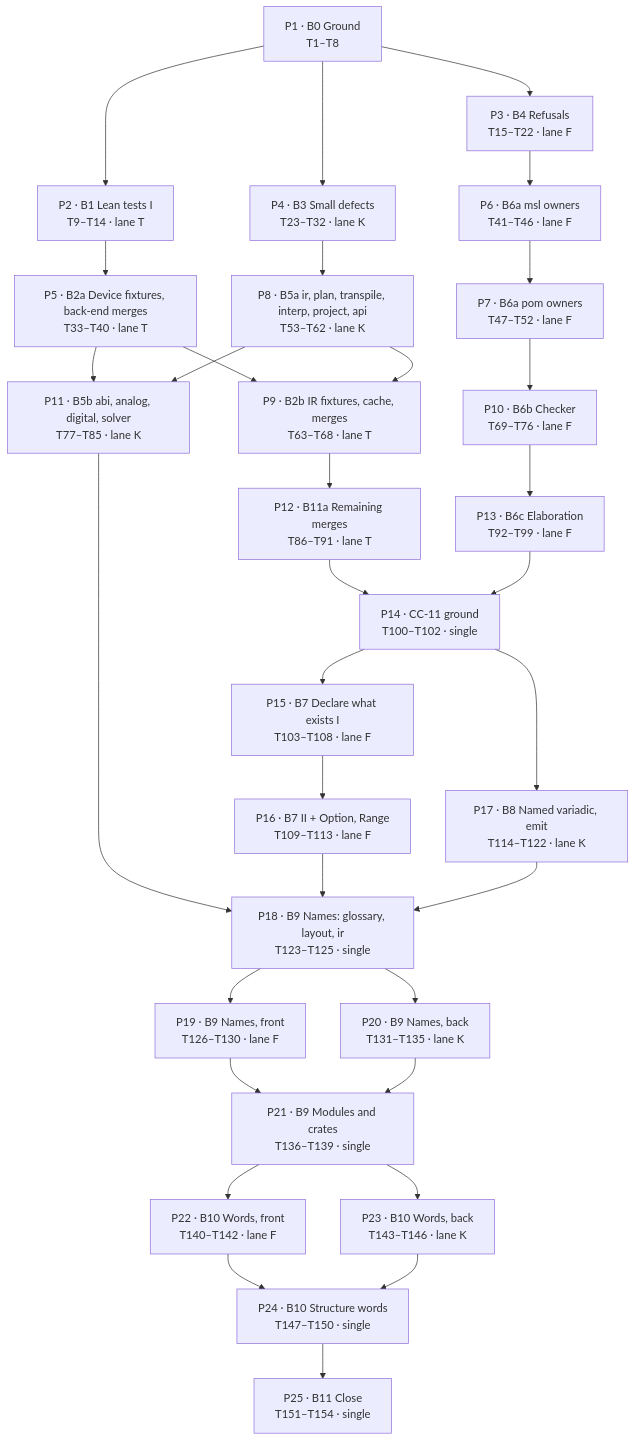
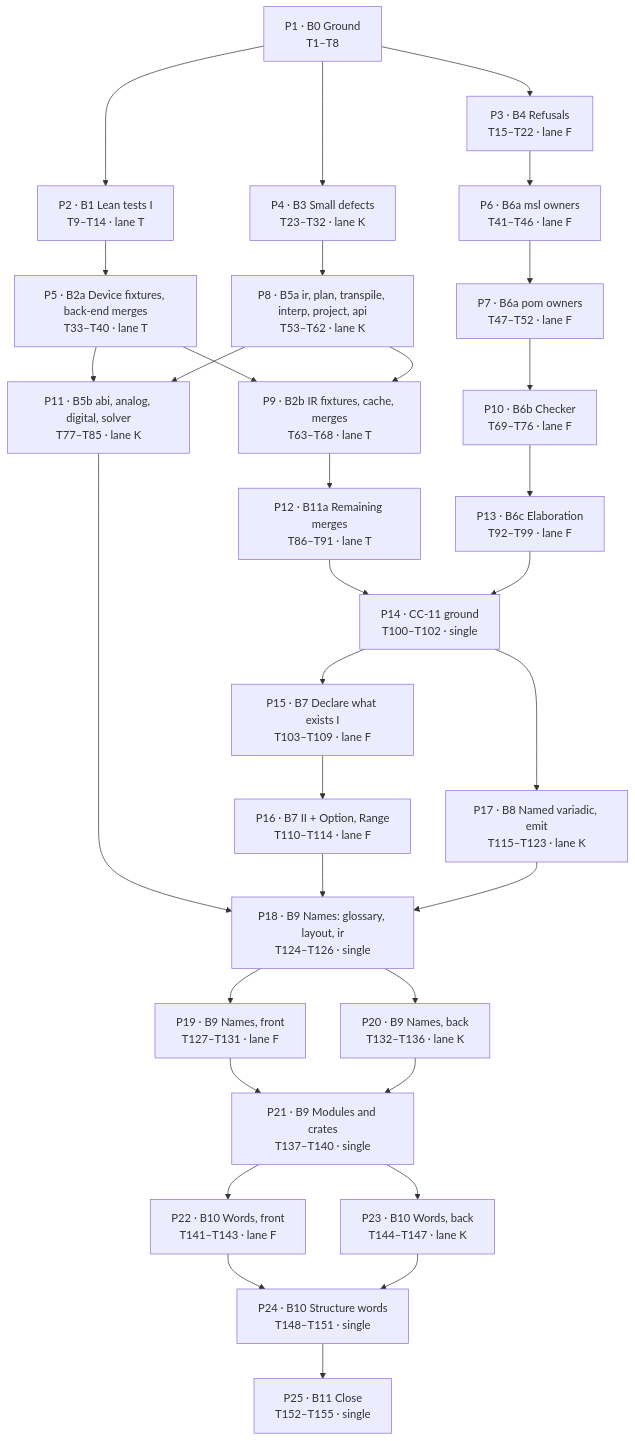
One commit to vkeslarek/piperine changed the diagram in .specs/features/code-clarity/design.md. Above: the diagram before and after it, drawn with Mermaid. The commit also changed other lines of this file and 2 other files, not shown here.

````diff
--- a/.specs/features/code-clarity/design.md
+++ b/.specs/features/code-clarity/design.md
@@ -48,34 +48,34 @@
 ```mermaid
 flowchart TD
     P1["P1 · B0 Ground\nT1–T8"] --> P2["P2 · B1 Lean tests I\nT9–T14 · lane T"]
     P1 --> P3["P3 · B4 Refusals\nT15–T22 · lane F"]
     P1 --> P4["P4 · B3 Small defects\nT23–T32 · lane K"]
     P2 --> P5["P5 · B2a Device fixtures, back-end merges\nT33–T40 · lane T"]
     P3 --> P6["P6 · B6a msl owners\nT41–T46 · lane F"]
     P6 --> P7["P7 · B6a pom owners\nT47–T52 · lane F"]
     P4 --> P8["P8 · B5a ir, plan, transpile, interp, project, api\nT53–T62 · lane K"]
     P5 --> P9["P9 · B2b IR fixtures, cache, merges\nT63–T68 · lane T"]
     P8 --> P9
     P7 --> P10["P10 · B6b Checker\nT69–T76 · lane F"]
     P5 --> P11["P11 · B5b abi, analog, digital, solver\nT77–T85 · lane K"]
     P8 --> P11
     P9 --> P12["P12 · B11a Remaining merges\nT86–T91 · lane T"]
     P10 --> P13["P13 · B6c Elaboration\nT92–T99 · lane F"]
     P12 --> P14["P14 · CC-11 ground\nT100–T102 · single"]
     P13 --> P14
-    P14 --> P15["P15 · B7 Declare what exists I\nT103–T108 · lane F"]
-    P15 --> P16["P16 · B7 II + Option, Range\nT109–T113 · lane F"]
-    P14 --> P17["P17 · B8 Named variadic, emit\nT114–T122 · lane K"]
+    P14 --> P15["P15 · B7 Declare what exists I\nT103–T109 · lane F"]
+    P15 --> P16["P16 · B7 II + Option, Range\nT110–T114 · lane F"]
+    P14 --> P17["P17 · B8 Named variadic, emit\nT115–T123 · lane K"]
     P11 --> P18
-    P16 --> P18["P18 · B9 Names: glossary, layout, ir\nT123–T125 · single"]
+    P16 --> P18["P18 · B9 Names: glossary, layout, ir\nT124–T126 · single"]
     P17 --> P18
-    P18 --> P19["P19 · B9 Names, front\nT126–T130 · lane F"]
-    P18 --> P20["P20 · B9 Names, back\nT131–T135 · lane K"]
-    P19 --> P21["P21 · B9 Modules and crates\nT136–T139 · single"]
+    P18 --> P19["P19 · B9 Names, front\nT127–T131 · lane F"]
+    P18 --> P20["P20 · B9 Names, back\nT132–T136 · lane K"]
+    P19 --> P21["P21 · B9 Modules and crates\nT137–T140 · single"]
     P20 --> P21
-    P21 --> P22["P22 · B10 Words, front\nT140–T142 · lane F"]
-    P21 --> P23["P23 · B10 Words, back\nT143–T146 · lane K"]
-    P22 --> P24["P24 · B10 Structure words\nT147–T150 · single"]
+    P21 --> P22["P22 · B10 Words, front\nT141–T143 · lane F"]
+    P21 --> P23["P23 · B10 Words, back\nT144–T147 · lane K"]
+    P22 --> P24["P24 · B10 Structure words\nT148–T151 · single"]
     P23 --> P24
-    P24 --> P25["P25 · B11 Close\nT151–T154 · single"]
+    P24 --> P25["P25 · B11 Close\nT152–T155 · single"]
 ```
````
